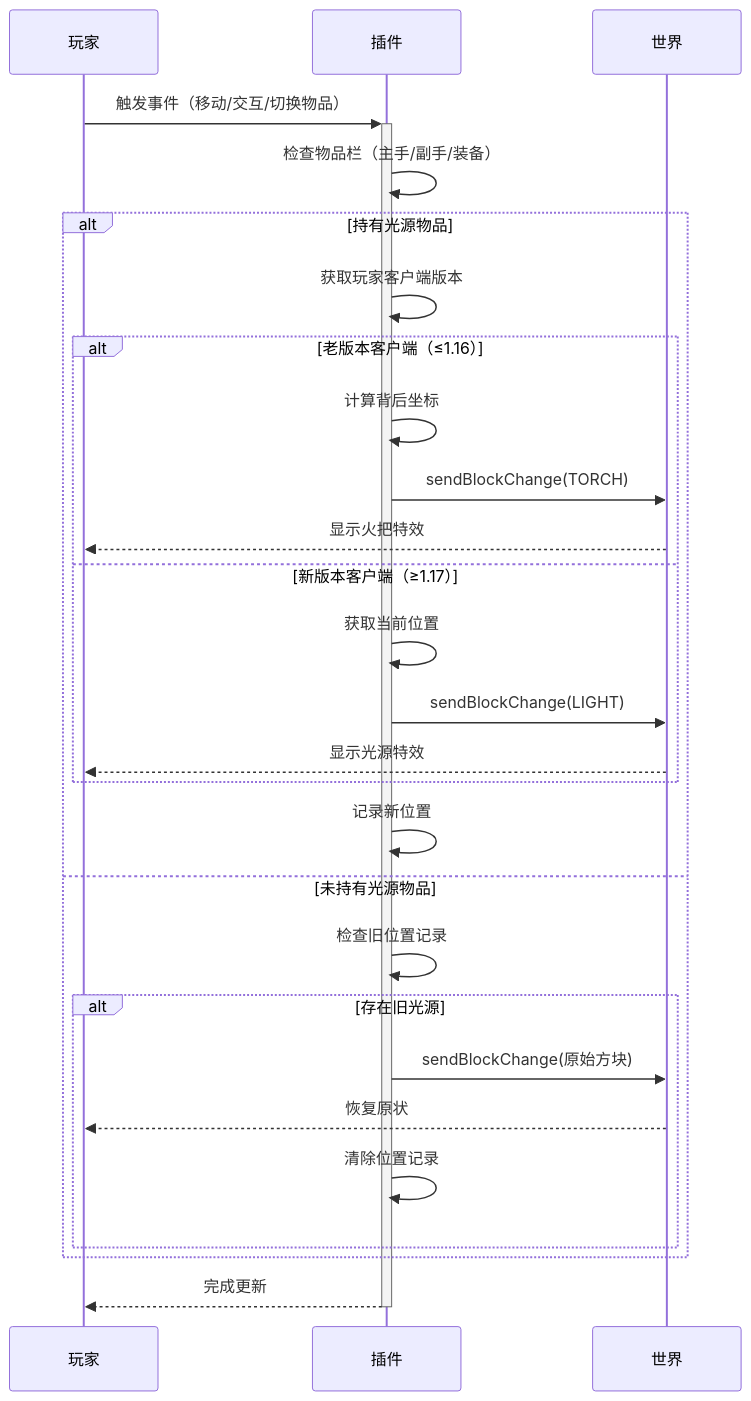
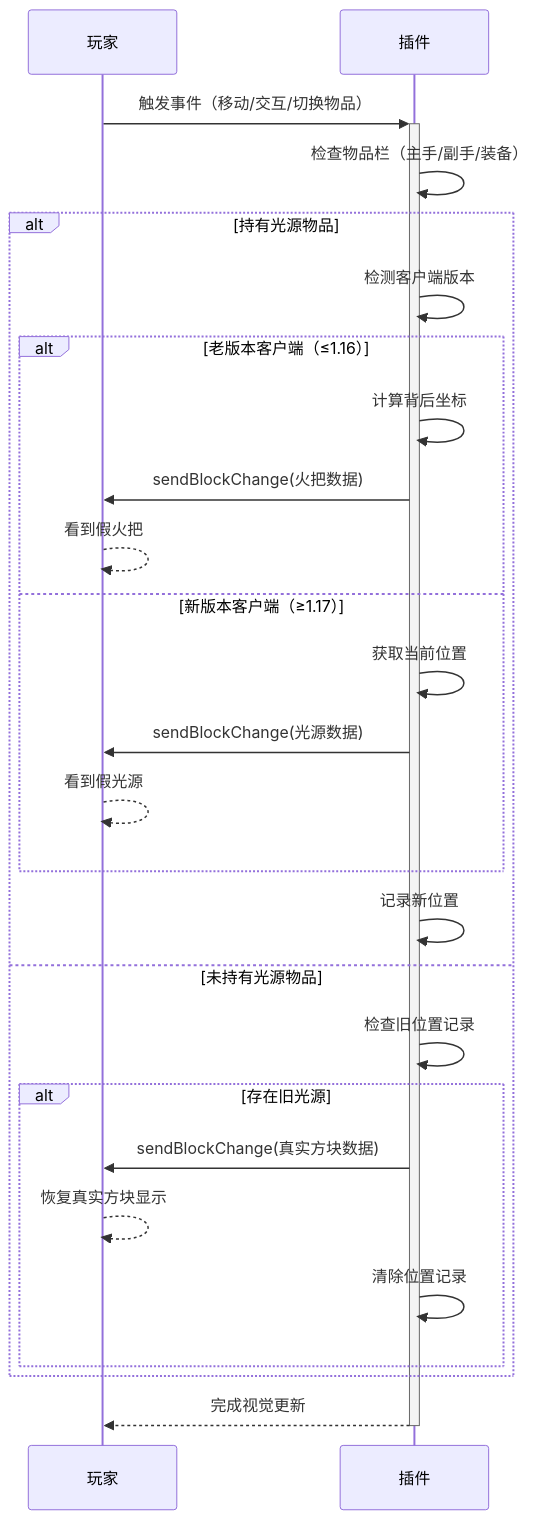
Before and after one commit to cyf112233/mobilelight: the diagram in README.md, drawn with Mermaid.

````diff
--- a/README.md
+++ b/README.md
@@ -9,32 +9,31 @@
 ```mermaid
 sequenceDiagram
     participant 玩家 as 玩家
     participant 插件 as 插件
-    participant 世界 as 世界
     
     玩家->>+插件: 触发事件（移动/交互/切换物品）
     插件->>插件: 检查物品栏（主手/副手/装备）
     
     alt 持有光源物品
-        插件->>插件: 获取玩家客户端版本
+        插件->>插件: 检测客户端版本
         alt 老版本客户端（≤1.16）
             插件->>插件: 计算背后坐标
-            插件->>世界: sendBlockChange(TORCH)
-            世界-->>玩家: 显示火把特效
+            插件->>玩家: sendBlockChange(火把数据)
+            玩家-->>玩家: 看到假火把
         else 新版本客户端（≥1.17）
             插件->>插件: 获取当前位置
-            插件->>世界: sendBlockChange(LIGHT)
-            世界-->>玩家: 显示光源特效
+            插件->>玩家: sendBlockChange(光源数据)
+            玩家-->>玩家: 看到假光源
         end
         插件->>插件: 记录新位置
     else 未持有光源物品
         插件->>插件: 检查旧位置记录
         alt 存在旧光源
-            插件->>世界: sendBlockChange(原始方块)
-            世界-->>玩家: 恢复原状
+            插件->>玩家: sendBlockChange(真实方块数据)
+            玩家-->>玩家: 恢复真实方块显示
             插件->>插件: 清除位置记录
         end
     end
     
-    插件-->>-玩家: 完成更新
+    插件-->>-玩家: 完成视觉更新
 ```
````
